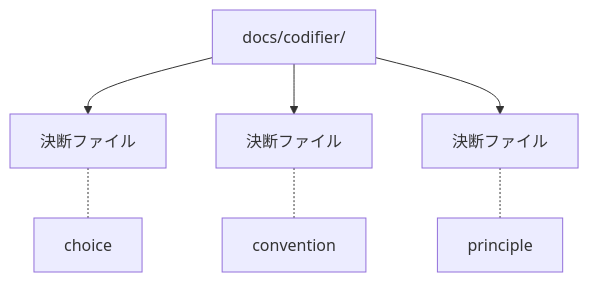
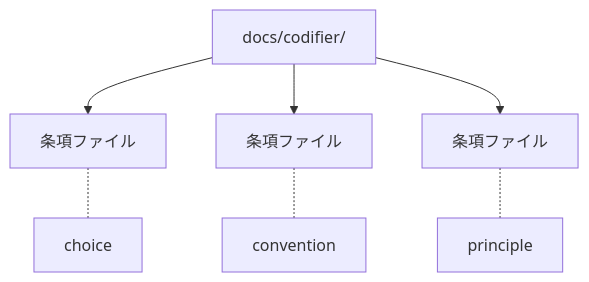
One commit to gameundwatch/codifier changed the diagram in docs/archivist/L3_structures/output-layout.md. Above: the diagram before and after it, drawn with Mermaid. The commit also changed other lines of this file and 77 other files, not shown here.

````diff
--- a/docs/archivist/L3_structures/output-layout.md
+++ b/docs/archivist/L3_structures/output-layout.md
@@ -9,10 +9,10 @@
 ```mermaid
 flowchart TD
     R["docs/codifier/"]
-    R --> F1[決断ファイル]
-    R --> F2[決断ファイル]
-    R --> F3[決断ファイル]
+    R --> F1[条項ファイル]
+    R --> F2[条項ファイル]
+    R --> F3[条項ファイル]
     F1 -.- G1[choice]
     F2 -.- G2[convention]
     F3 -.- G3[principle]
 ```
````
